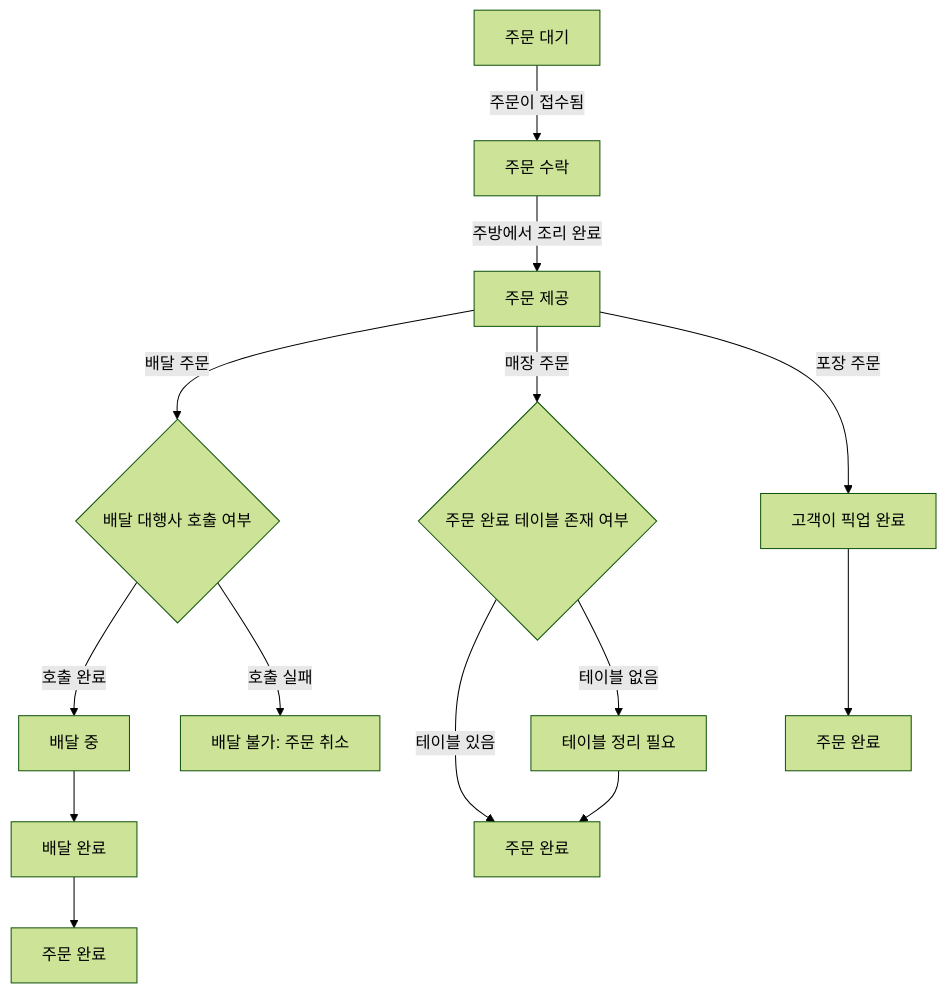
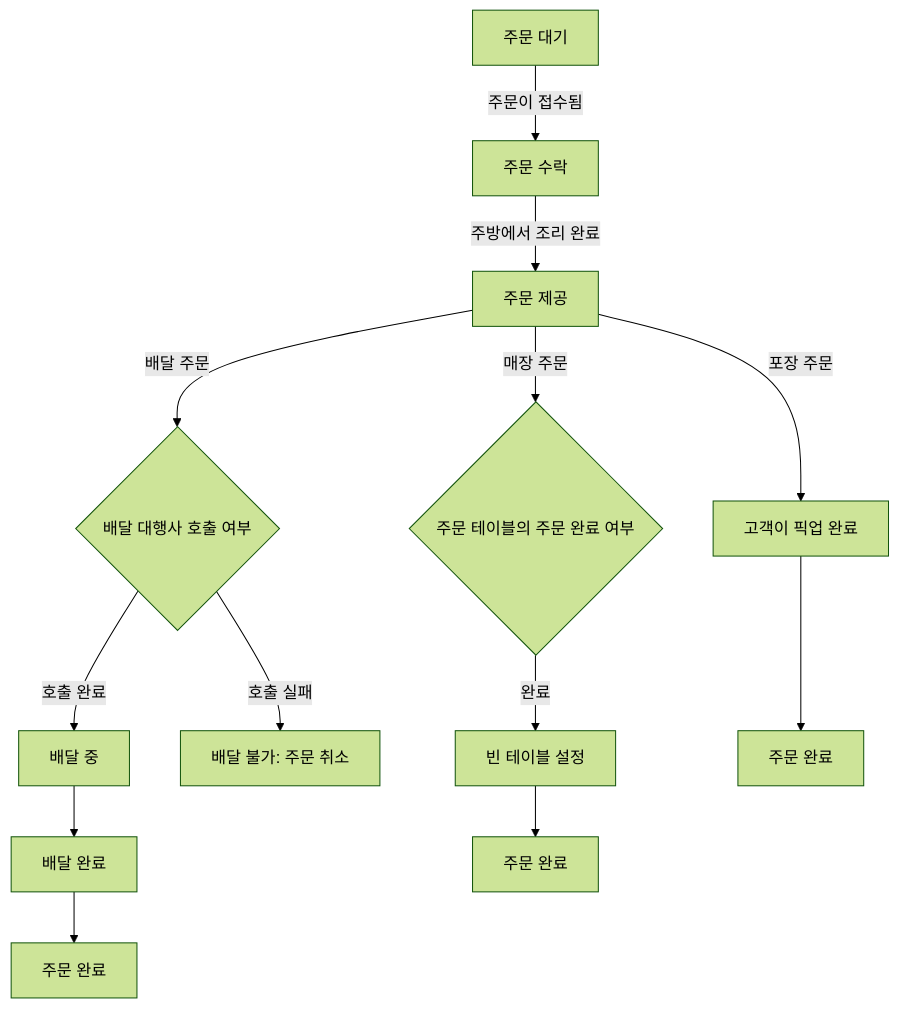
The third of 3 diagrams in README.md (next-step/ddd-strategic-design), drawn with Mermaid (forest theme) before and after one commit. The commit also changed other lines of this file, not shown here.

Commit message:
docs: 매장주문 플로우차트 변경

````diff
--- a/README.md
+++ b/README.md
@@ -325,18 +325,17 @@
 ```mermaid
 %% Flowchart: 주문 유형별 주문 프로세스
 graph TD
   %% 주문 공통 단계
   A[주문 대기] -->|주문이 접수됨| B[주문 수락]
   B -->|주방에서 조리 완료| C[주문 제공]
 
   %% 주문 제공 이후 분기 처리
   C -->|배달 주문| D1{배달 대행사 호출 여부}
   D1 -->|호출 완료| E1[배달 중] --> F1[배달 완료] --> G1[주문 완료]
   D1 -->|호출 실패| X1[배달 불가: 주문 취소]
 
-  C -->|매장 주문| D2{주문 완료 테이블 존재 여부}
-  D2 -->|테이블 있음| E2[주문 완료]
-  D2 -->|테이블 없음| Y2[테이블 정리 필요] --> E2
+  C -->|매장 주문| D2{주문 테이블의 주문 완료 여부}
+  D2 -->|완료| Y2[빈 테이블 설정] --> E2[주문 완료]
 
   C -->|포장 주문| E3[고객이 픽업 완료] --> F3[주문 완료]
 ```
````
